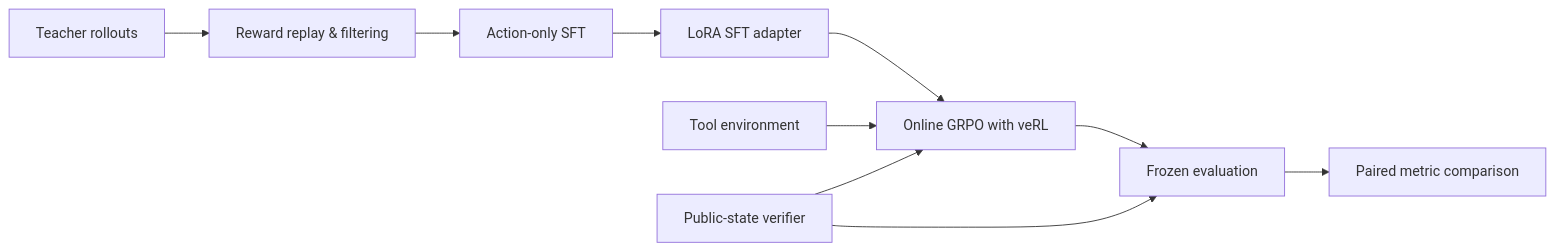
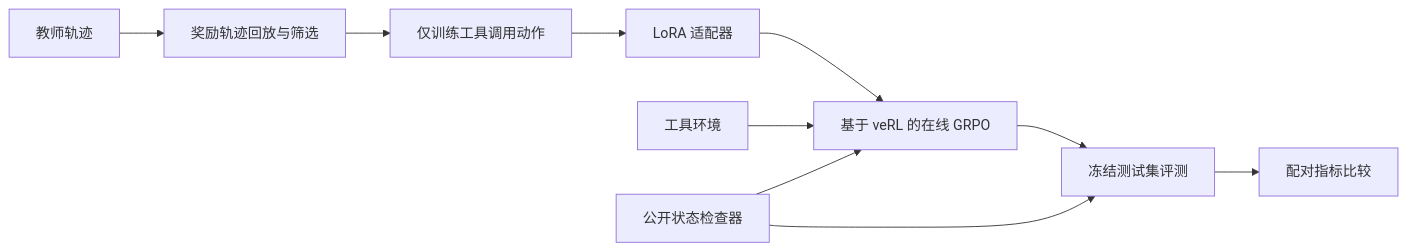
Before and after one commit to go99further/shopping-agent-posttraining: the diagram in README.md, drawn with Mermaid. The commit also changed other lines of this file, not shown here.

````diff
--- a/README.md
+++ b/README.md
@@ -68,12 +68,12 @@
 ```mermaid
 flowchart LR
-    A[Teacher rollouts] --> B[Reward replay & filtering]
-    B --> C[Action-only SFT]
-    C --> D[LoRA SFT adapter]
-    D --> E[Online GRPO with veRL]
-    F[Tool environment] --> E
-    E --> G[Frozen evaluation]
-    H[Public-state verifier] --> E
+    A[教师轨迹] --> B[奖励轨迹回放与筛选]
+    B --> C[仅训练工具调用动作]
+    C --> D[LoRA 适配器]
+    D --> E[基于 veRL 的在线 GRPO]
+    F[工具环境] --> E
+    E --> G[冻结测试集评测]
+    H[公开状态检查器] --> E
     H --> G
-    G --> I[Paired metric comparison]
+    G --> I[配对指标比较]
 ```
````
